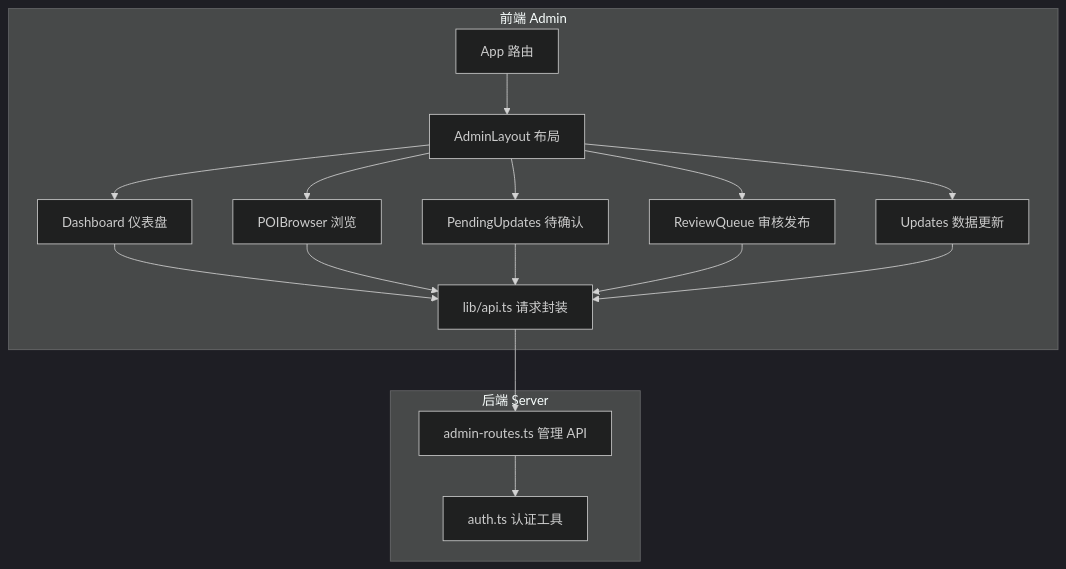
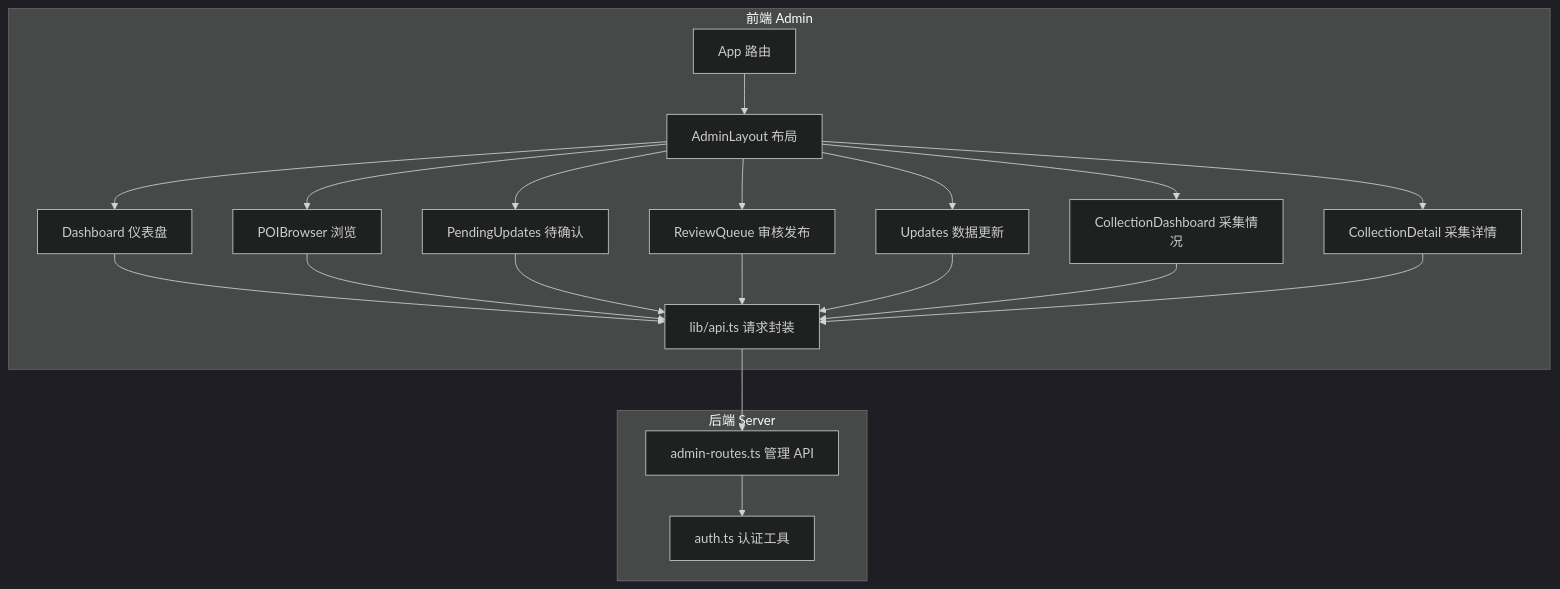
Before and after one commit to ititjjy/AITrip-plan: the first of 11 diagrams in .qoder/repowiki/zh/content/后台管理系统/后台管理系统.md, drawn with Mermaid (dark theme). The commit also changed other lines of this file and 10 other files, not shown here.

````diff
--- a/.qoder/repowiki/zh/content/后台管理系统/后台管理系统.md
+++ b/.qoder/repowiki/zh/content/后台管理系统/后台管理系统.md
@@ -51,30 +53,36 @@
 ```mermaid
 graph TB
 subgraph "前端 Admin"
 A_App["App 路由"]
 A_Layout["AdminLayout 布局"]
 A_Dash["Dashboard 仪表盘"]
 A_Browse["POIBrowser 浏览"]
 A_Pending["PendingUpdates 待确认"]
 A_Review["ReviewQueue 审核发布"]
 A_Updates["Updates 数据更新"]
+A_CollectionDash["CollectionDashboard 采集情况"]
+A_CollectionDetail["CollectionDetail 采集详情"]
 A_API["lib/api.ts 请求封装"]
 end
 subgraph "后端 Server"
 S_Routes["admin-routes.ts 管理 API"]
 S_Auth["auth.ts 认证工具"]
 end
 A_App --> A_Layout
 A_Layout --> A_Dash
 A_Layout --> A_Browse
 A_Layout --> A_Pending
 A_Layout --> A_Review
 A_Layout --> A_Updates
+A_Layout --> A_CollectionDash
+A_Layout --> A_CollectionDetail
 A_Dash --> A_API
 A_Browse --> A_API
 A_Pending --> A_API
 A_Review --> A_API
 A_Updates --> A_API
+A_CollectionDash --> A_API
+A_CollectionDetail --> A_API
 A_API --> S_Routes
 S_Routes --> S_Auth
 ```
````
